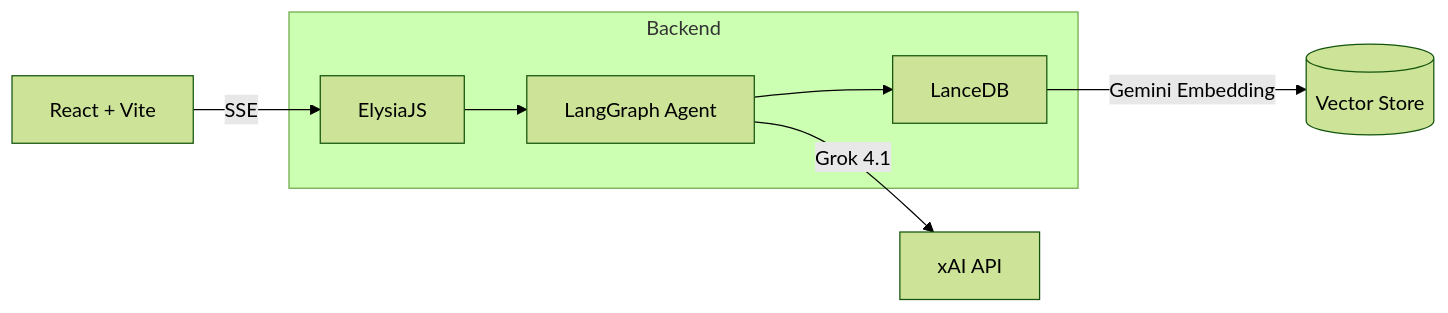
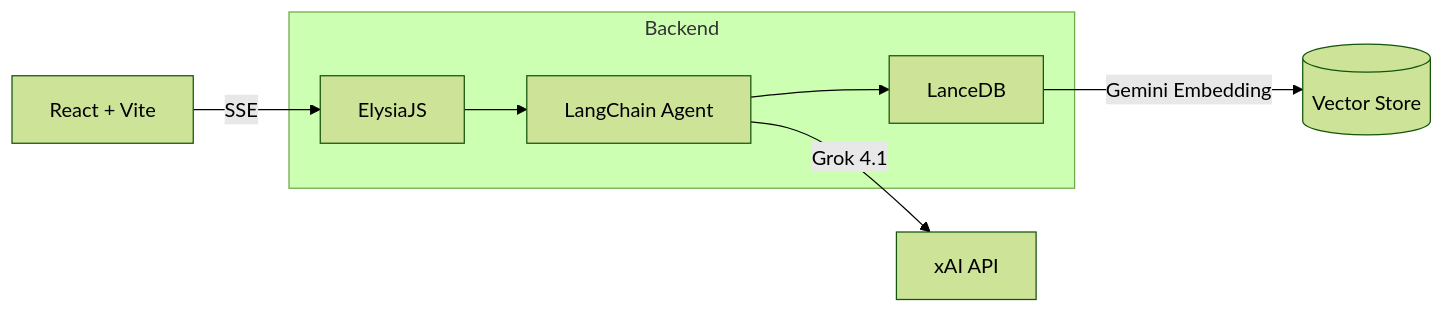
The diagram in docs/plans/2026-03-05-genie-cv-implementation.md (genie49/genie-cv), drawn with Mermaid (forest theme) before and after one commit. The commit also changed other lines of this file and 16 other files, not shown here.

First line of the commit message:
refactor: LangGraph → LangChain 일괄 변경 + fingoo 프로젝트 설명 보강 + 기여 카드 가로 스크롤

````diff
--- a/docs/plans/2026-03-05-genie-cv-implementation.md
+++ b/docs/plans/2026-03-05-genie-cv-implementation.md
@@ -844,13 +844,13 @@
 ```mermaid
 graph LR
     Client[React + Vite] -->|SSE| API[ElysiaJS]
-    API --> Agent[LangGraph Agent]
+    API --> Agent[LangChain Agent]
     Agent --> RAG[LanceDB]
     RAG -->|Gemini Embedding| Vectors[(Vector Store)]
     Agent -->|Grok 4.1| LLM[xAI API]
     subgraph Backend
         API
         Agent
         RAG
     end
 ```
````
